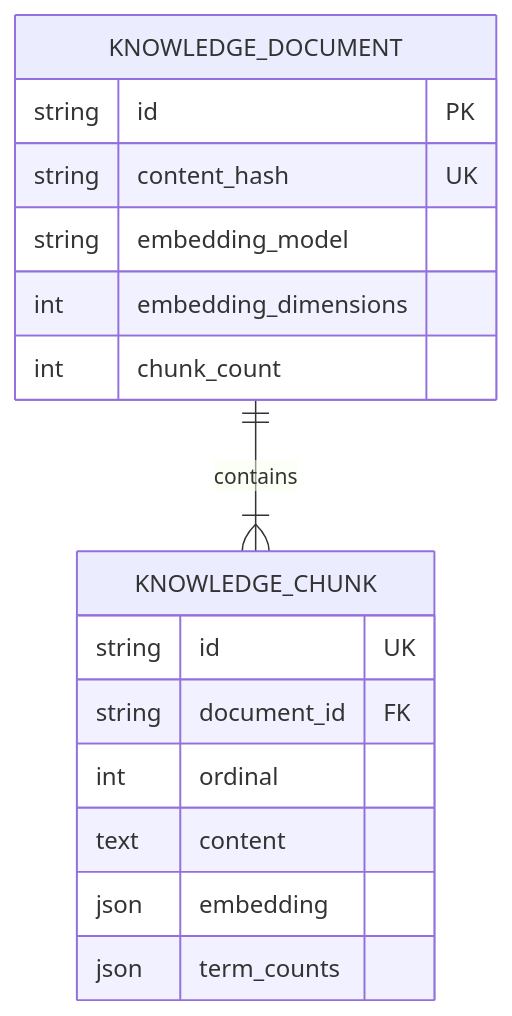
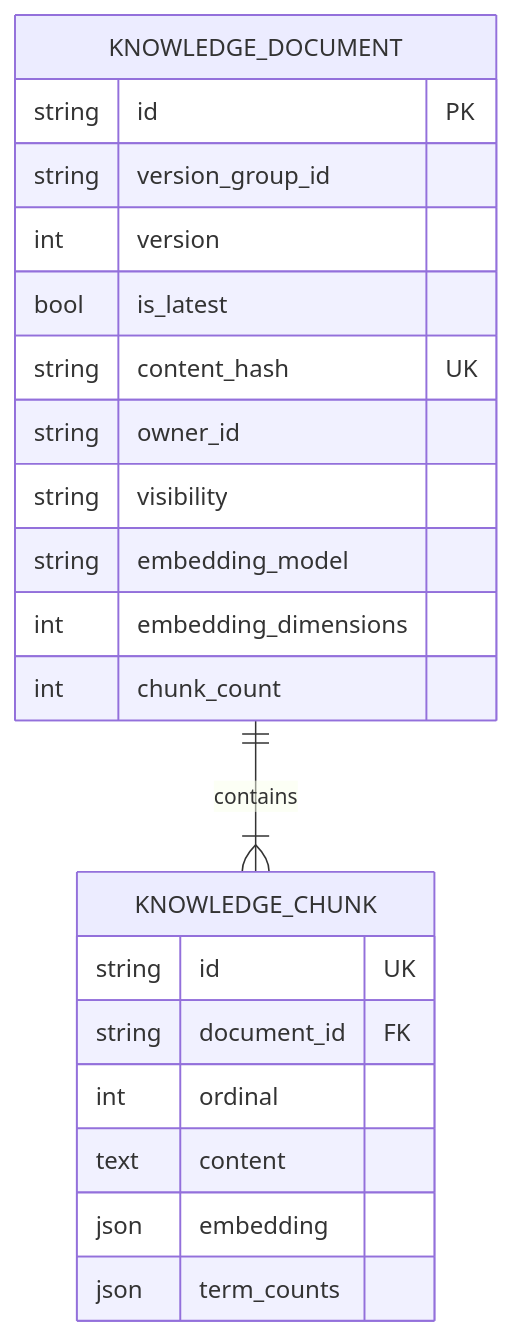
The second of 7 diagrams in docs/project-analysis.md (zora-DD/zora), drawn with Mermaid before and after one commit. The commit also changed other lines of this file and 23 other files, not shown here.

````diff
--- a/docs/project-analysis.md
+++ b/docs/project-analysis.md
@@ -241,19 +241,24 @@
 ```mermaid
 erDiagram
     KNOWLEDGE_DOCUMENT ||--|{ KNOWLEDGE_CHUNK : contains
     KNOWLEDGE_DOCUMENT {
         string id PK
+        string version_group_id
+        int version
+        bool is_latest
         string content_hash UK
+        string owner_id
+        string visibility
         string embedding_model
         int embedding_dimensions
         int chunk_count
     }
     KNOWLEDGE_CHUNK {
         string id UK
         string document_id FK
         int ordinal
         text content
         json embedding
         json term_counts
     }
 ```
````
